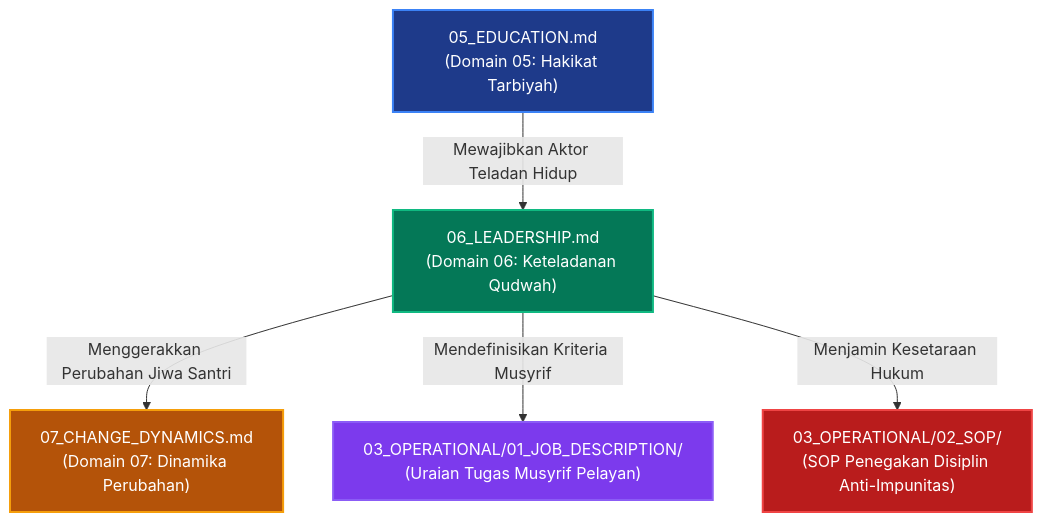
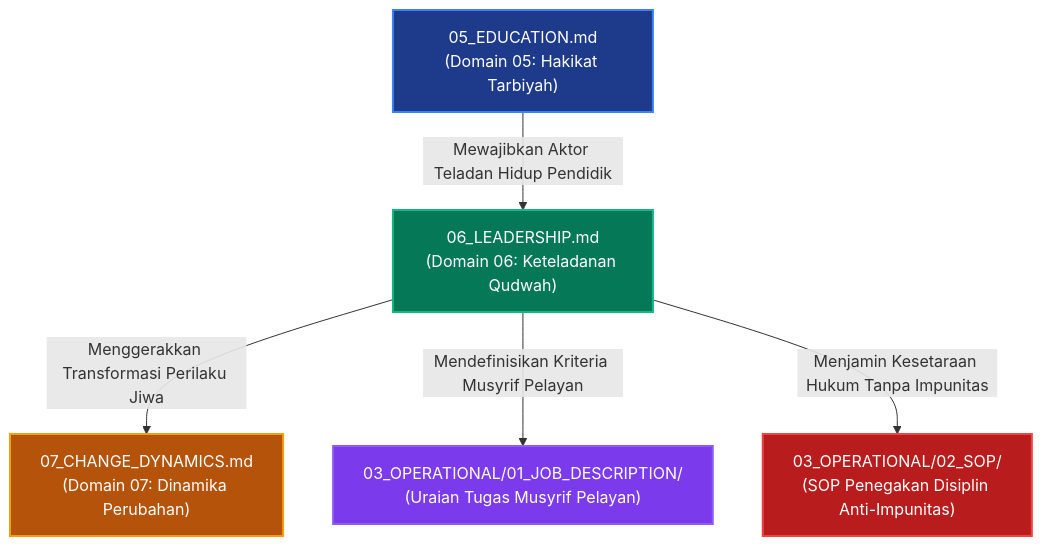
The diagram in PROBE/PROBE_01/P00029-Mengapa-Leadership-Keteladanan-Qudwah-Menjadi-Keniscayaan-Setelah-Domain-Pendidikan.md (wandiapriliyandi/tumbuh), drawn with Mermaid before and after one commit. The commit also changed other lines of this file and 9 other files, not shown here.

````diff
--- a/PROBE/PROBE_01/P00029-Mengapa-Leadership-Keteladanan-Qudwah-Menjadi-Keniscayaan-Setelah-Domain-Pendidikan.md
+++ b/PROBE/PROBE_01/P00029-Mengapa-Leadership-Keteladanan-Qudwah-Menjadi-Keniscayaan-Setelah-Domain-Pendidikan.md
@@ -205,20 +141,20 @@
 ```mermaid
 graph TD
     classDef eduNode fill:#1e3a8a,stroke:#3b82f6,stroke-width:2px,color:#fff;
     classDef leadNode fill:#047857,stroke:#10b981,stroke-width:2px,color:#fff;
     classDef chgNode fill:#b45309,stroke:#f59e0b,stroke-width:2px,color:#fff;
     classDef jobNode fill:#7c3aed,stroke:#8b5cf6,stroke-width:2px,color:#fff;
     classDef sopNode fill:#b91c1c,stroke:#ef4444,stroke-width:2px,color:#fff;
 
     EDU["05_EDUCATION.md<br/>(Domain 05: Hakikat Tarbiyah)"]:::eduNode
     LEAD["06_LEADERSHIP.md<br/>(Domain 06: Keteladanan Qudwah)"]:::leadNode
     CHG["07_CHANGE_DYNAMICS.md<br/>(Domain 07: Dinamika Perubahan)"]:::chgNode
     
     JOB["03_OPERATIONAL/01_JOB_DESCRIPTION/<br/>(Uraian Tugas Musyrif Pelayan)"]:::jobNode
     SOP["03_OPERATIONAL/02_SOP/<br/>(SOP Penegakan Disiplin Anti-Impunitas)"]:::sopNode
 
-    EDU -->|Mewajibkan Aktor Teladan Hidup| LEAD
-    LEAD -->|Menggerakkan Perubahan Jiwa Santri| CHG
-    LEAD -->|Mendefinisikan Kriteria Musyrif| JOB
-    LEAD -->|Menjamin Kesetaraan Hukum| SOP
+    EDU -->|Mewajibkan Aktor Teladan Hidup Pendidik| LEAD
+    LEAD -->|Menggerakkan Transformasi Perilaku Jiwa| CHG
+    LEAD -->|Mendefinisikan Kriteria Musyrif Pelayan| JOB
+    LEAD -->|Menjamin Kesetaraan Hukum Tanpa Impunitas| SOP
 ```
````
